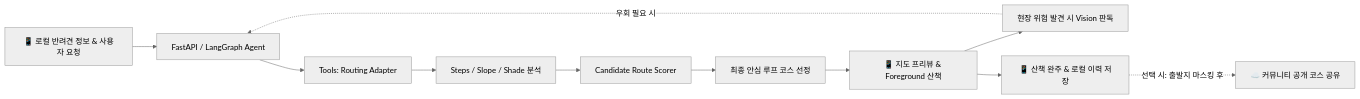
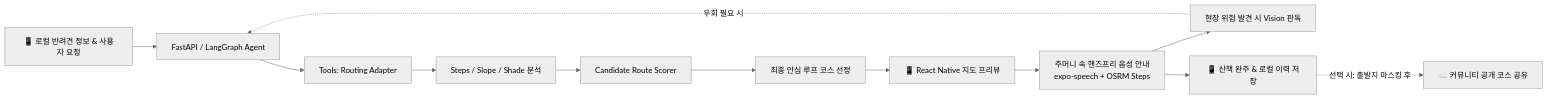
The diagram in docs/02_PawTrail_Team_building.md (gigantess/PawTrail), drawn with Mermaid (neutral theme) before and after one commit. The commit also changed other lines of this file and 7 other files, not shown here.

Commit message:
포트레일의 클라이언트 기술 스택과 UX를 React Native (Expo SDK 51+) 모바일 앱, 주머니 속 시선 해방(Eyes-Free) 핸즈프리 음성 길 안내, 그리고 **EAS Build(1회 APK) + EAS Update(무선 무점검 OTA)**로 전면 재정합화하여 모든 관련 문서를 업데이트

````diff
--- a/docs/02_PawTrail_Team_building.md
+++ b/docs/02_PawTrail_Team_building.md
@@ -56,13 +59,14 @@
 ```mermaid
 flowchart LR
     A[📱 로컬 반려견 정보 & 사용자 요청] --> B[FastAPI / LangGraph Agent]
     B --> C[Tools: Routing Adapter]
     C --> D[Steps / Slope / Shade 분석]
     D --> E[Candidate Route Scorer]
     E --> F[최종 안심 루프 코스 선정]
-    F --> G[📱 지도 프리뷰 & Foreground 산책]
-    G --> H[현장 위험 발견 시 Vision 판독]
-    H -.->|우회 필요 시| B
-    G --> I[📱 산책 완주 & 로컬 이력 저장]
-    I -.->|선택 시: 출발지 마스킹 후| J[☁️ 커뮤니티 공개 코스 공유]
+    F --> G[📱 React Native 지도 프리뷰]
+    G --> H[주머니 속 핸즈프리 음성 안내<br/>expo-speech + OSRM Steps]
+    H --> I[현장 위험 발견 시 Vision 판독]
+    I -.->|우회 필요 시| B
+    H --> J[📱 산책 완주 & 로컬 이력 저장]
+    J -.->|선택 시: 출발지 마스킹 후| K[☁️ 커뮤니티 공개 코스 공유]
 ```
````
